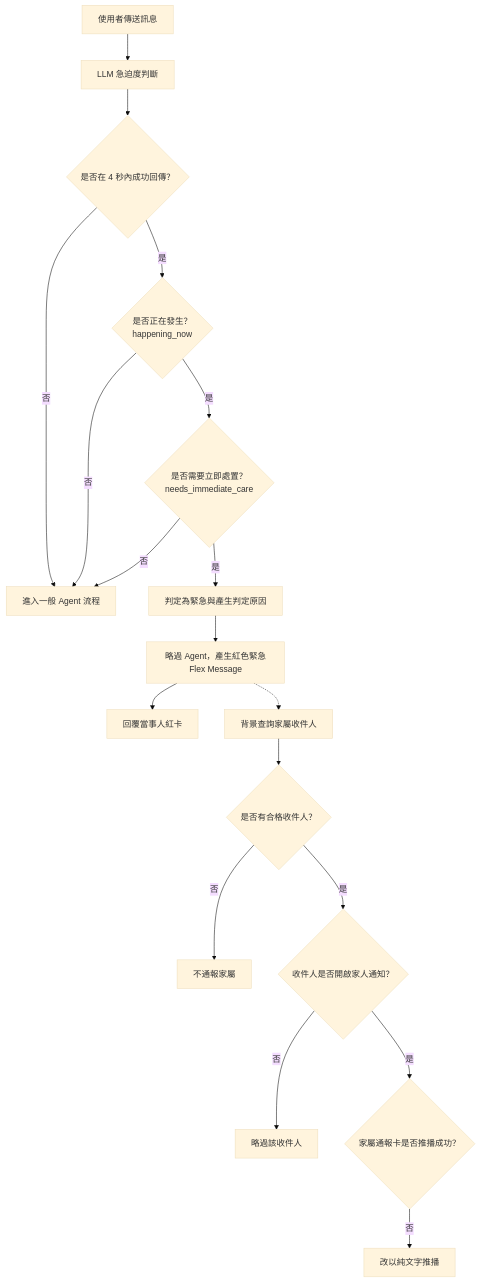
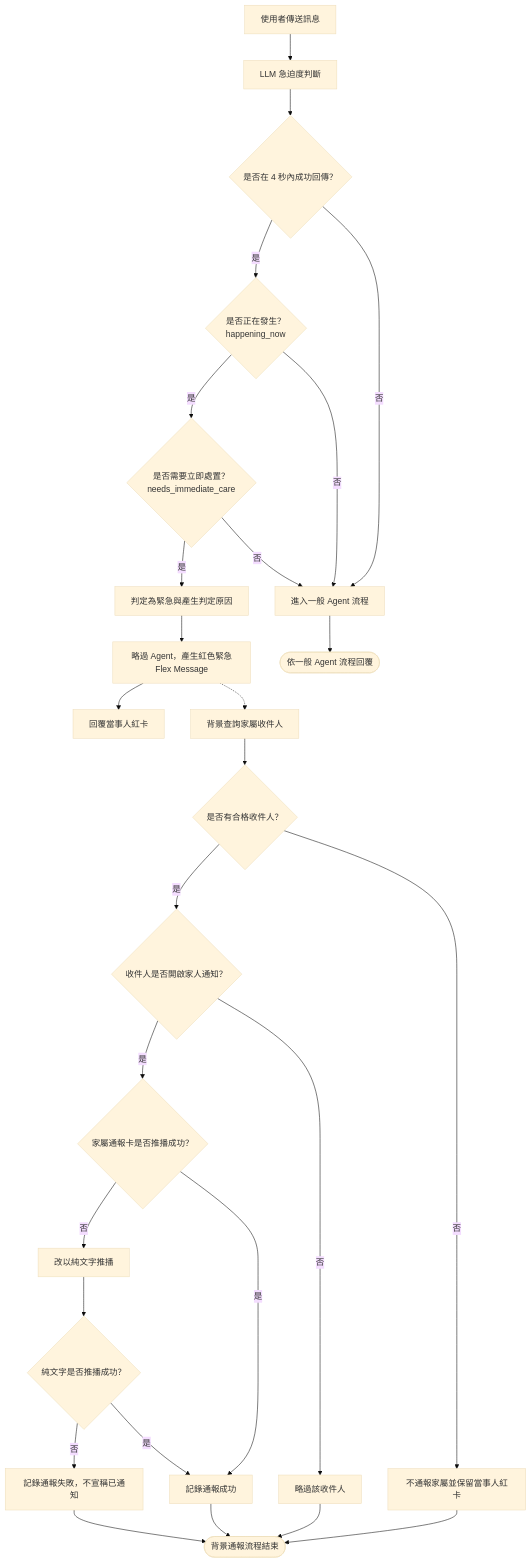
Diagram 19 of 27 in 系統設計文件(SDD).md (Yanagi-0912/CARE-Documents), drawn with Mermaid (base theme) before and after one commit. The commit also changed other lines of this file and 1 other file, not shown here.

Commit message:
更新mermaid

````diff
--- a/系統設計文件(SDD).md
+++ b/系統設計文件(SDD).md
@@ -762,23 +833,30 @@
 ```mermaid
 flowchart TD
     U["使用者傳送訊息"] --> LLM["LLM 急迫度判斷"]
     LLM --> T{"是否在 4 秒內成功回傳？"}
     T -->|否| AGENT["進入一般 Agent 流程"]
     T -->|是| H{"是否正在發生？<br/>happening_now"}
     H -->|否| AGENT["進入一般 Agent 流程"]
     H -->|是| C{"是否需要立即處置？<br/>needs_immediate_care"}
     C -->|否| AGENT["進入一般 Agent 流程"]
     C -->|是| YES["判定為緊急與產生判定原因"]
 
     YES --> RED["略過 Agent，產生紅色緊急Flex Message"]
     RED --> REPLY["回覆當事人紅卡"]
     RED -.-> REC["背景查詢家屬收件人"]
     REC --> R1{"是否有合格收件人？"}
-    R1 -->|否| STOP["不通報家屬"]
+    R1 -->|否| STOP["不通報家屬並保留當事人紅卡"]
     R1 -->|是| PREF{"收件人是否開啟家人通知？"}
     PREF -->|否| SKIP["略過該收件人"]
     PREF -->|是| FLEX{"家屬通報卡是否推播成功？"}
     FLEX -->|否| TEXT["改以純文字推播"]
-    
-
+    FLEX -->|是| SENT["記錄通報成功"]
+    TEXT --> TEXTRESULT{"純文字是否推播成功？"}
+    TEXTRESULT -->|是| SENT
+    TEXTRESULT -->|否| FAILED["記錄通報失敗，不宣稱已通知"]
+    STOP --> DONE(["背景通報流程結束"])
+    SKIP --> DONE
+    SENT --> DONE
+    FAILED --> DONE
+    AGENT --> NORMAL(["依一般 Agent 流程回覆"])
 ```
````
